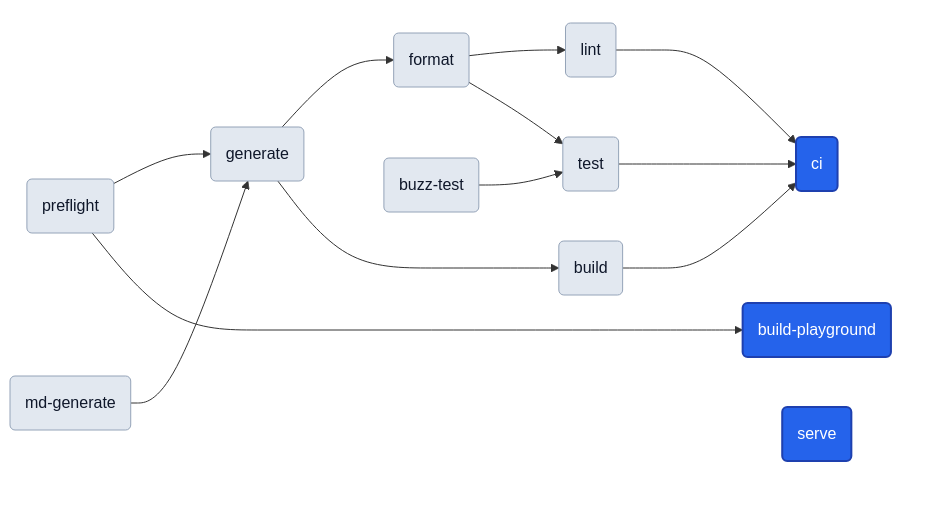
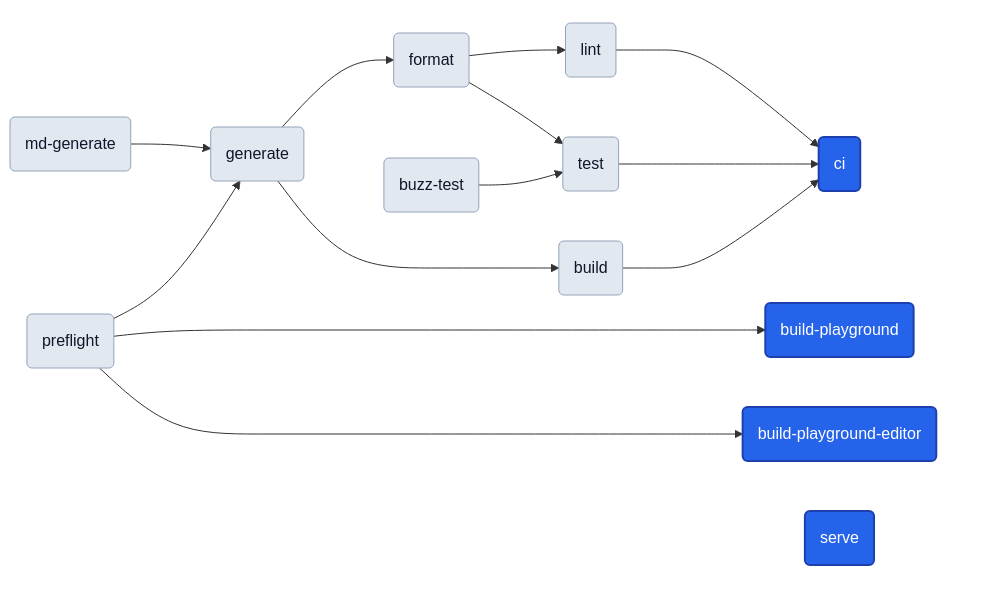
Before and after one commit to egladman/magus: the second of 2 diagrams in website/MAGUS.md, drawn with Mermaid. The commit also changed other lines of this file and 25 other files, not shown here.

Commit message:
rebuild the playground wasm and regenerate the site so gen matches the branch's playground work; add the missing gen editor.js; align the editor source name with its bundle

````diff
--- a/website/MAGUS.md
+++ b/website/MAGUS.md
@@ -58,38 +58,40 @@
 ```mermaid
 ---
 config:
   flowchart:
     nodeSpacing: 50
     rankSpacing: 80
 ---
 graph LR
   subgraph entry_cluster[" "]
     ci("ci")
     build_playground("build-playground")
+    build_playground_editor("build-playground-editor")
     serve("serve")
   end
   preflight("preflight")
   md_generate("md-generate")
   generate("generate")
   format("format")
   lint("lint")
   build("build")
   buzz_test("buzz-test")
   test("test")
   preflight --> generate
   md_generate --> generate
   generate --> format
   format --> lint
   generate --> build
   format --> test
   buzz_test --> test
   lint --> ci
   build --> ci
   test --> ci
   preflight --> build_playground
+  preflight --> build_playground_editor
   classDef anchor fill:#2563eb,color:#ffffff,stroke:#1e40af,stroke-width:2px
   classDef target fill:#e2e8f0,color:#0f172a,stroke:#94a3b8
-  class build_playground,ci,serve anchor
+  class build_playground,build_playground_editor,ci,serve anchor
   class build,buzz_test,format,generate,lint,md_generate,preflight,test target
   style entry_cluster fill:transparent,stroke:transparent
 ```
````
